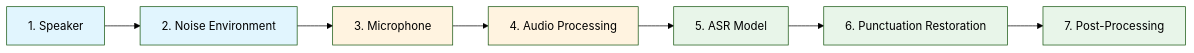
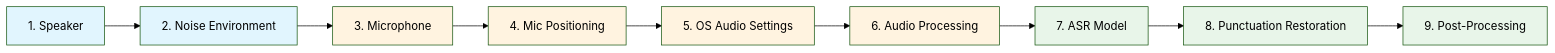
The diagram in README.md (danielrosehill/Speech-To-Text-Chain-Notes), drawn with Mermaid (forest theme) before and after one commit. The commit also changed other lines of this file and 3 other files, not shown here.

````diff
--- a/README.md
+++ b/README.md
@@ -9,17 +7,21 @@
 ```mermaid
 flowchart LR
     A[1. Speaker] --> B[2. Noise Environment]
     B --> C[3. Microphone]
-    C --> D[4. Audio Processing]
-    D --> E[5. ASR Model]
-    E --> F[6. Punctuation Restoration]
-    F --> G[7. Post-Processing]
+    C --> D[4. Mic Positioning]
+    D --> E[5. OS Audio Settings]
+    E --> F[6. Audio Processing]
+    F --> G[7. ASR Model]
+    G --> H[8. Punctuation Restoration]
+    H --> I[9. Post-Processing]
 
     style A fill:#e1f5fe
     style B fill:#e1f5fe
     style C fill:#fff3e0
     style D fill:#fff3e0
-    style E fill:#e8f5e9
-    style F fill:#e8f5e9
+    style E fill:#fff3e0
+    style F fill:#fff3e0
     style G fill:#e8f5e9
+    style H fill:#e8f5e9
+    style I fill:#e8f5e9
 ```
````
